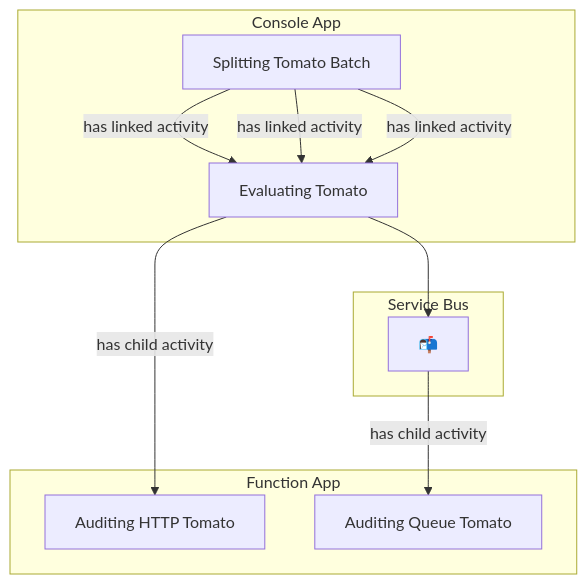
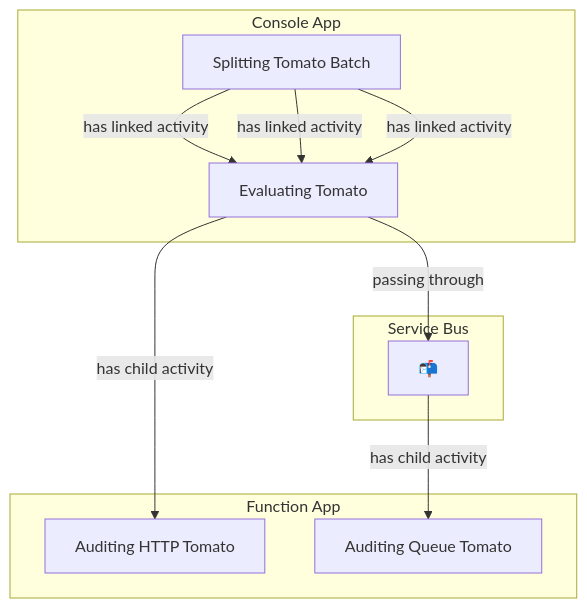
One commit to erwinkramer/otel-business changed the third of 3 diagrams in README.md. Above: the diagram before and after it, drawn with Mermaid.

Commit message:
more info

````diff
--- a/README.md
+++ b/README.md
@@ -110,31 +110,31 @@
 ```mermaid
 flowchart TB
 
 act_evaluating["Evaluating Tomato"]
 act_audit_http["Auditing HTTP Tomato"]
 act_audit_queue["Auditing Queue Tomato"]
 
 subgraph op_parent["Console App"]
 
 act_splitting -- has linked activity --> act_evaluating
 act_splitting -- has linked activity --> act_evaluating
 act_splitting -- has linked activity --> act_evaluating
 
 act_splitting["Splitting Tomato Batch"]
 
 end
 
 subgraph resource_sb["Service Bus"]
 queue[📬]
 
-act_evaluating --> queue
+act_evaluating -- passing through --> queue
 
 end
 
 subgraph op_child["Function App"]
 
 queue -- has child activity --> act_audit_queue
 act_evaluating -- has child activity --> act_audit_http
 
 end
 ```
````
